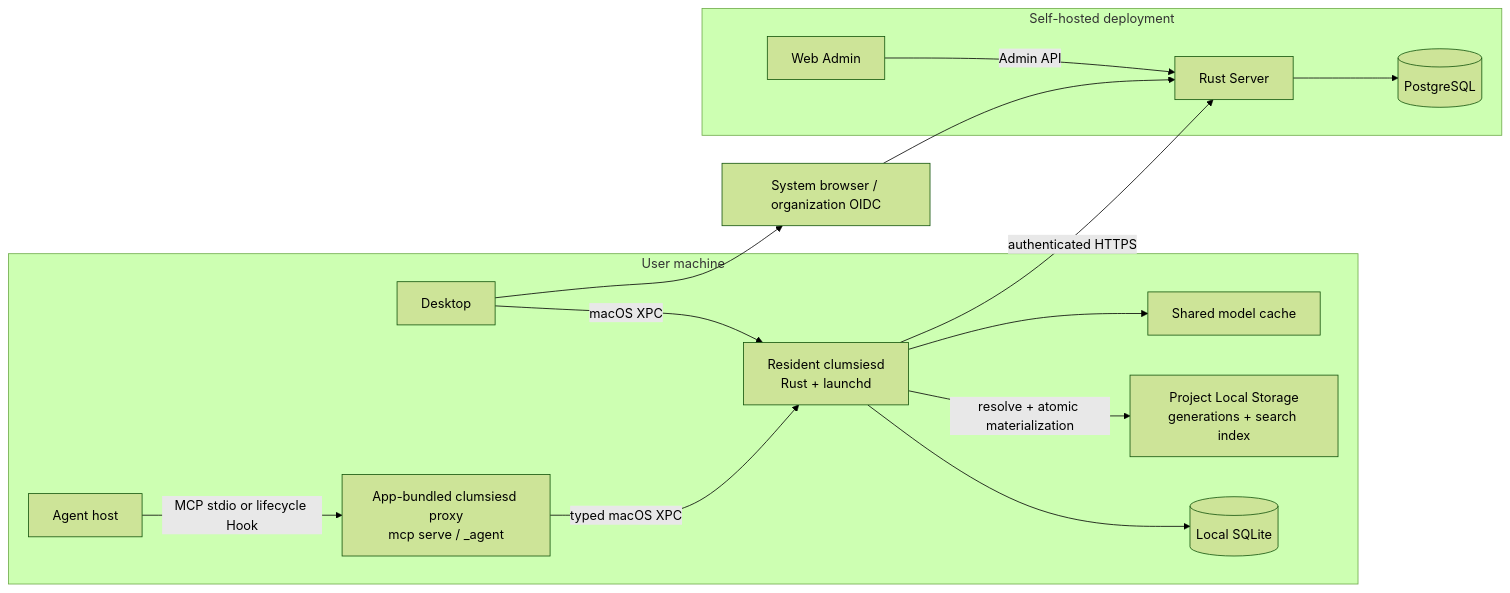
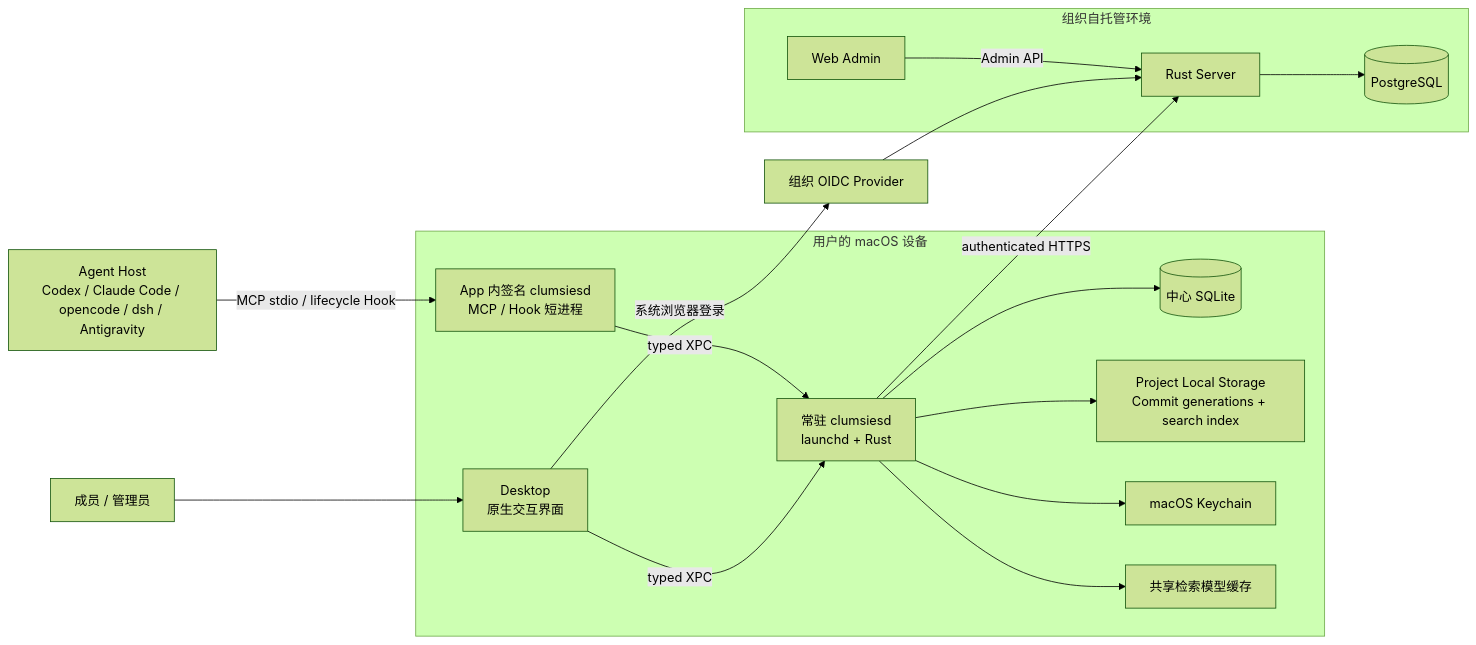
Before and after one commit to dylanwangeth/clumsies: the first of 3 diagrams in docs/architecture.md, drawn with Mermaid (forest theme). The commit also changed other lines of this file and 42 other files, not shown here.

````diff
--- a/docs/architecture.md
+++ b/docs/architecture.md
@@ -5,32 +25,36 @@
 ```mermaid
 flowchart LR
-    subgraph Machine["User machine"]
-        Desktop["Desktop"]
-        Host["Agent host"]
-        Proxy["App-bundled clumsiesd proxy<br/>mcp serve / _agent"]
-        Daemon["Resident clumsiesd<br/>Rust + launchd"]
-        LocalDB[("Local SQLite")]
-        ProjectStorage["Project Local Storage<br/>generations + search index"]
-        Models["Shared model cache"]
+    User["成员 / 管理员"]
+    IdP["组织 OIDC Provider"]
+    Host["Agent Host<br/>Codex / Claude Code / opencode / dsh / Antigravity"]
+
+    subgraph Machine["用户的 macOS 设备"]
+        Desktop["Desktop<br/>原生交互界面"]
+        Proxy["App 内签名 clumsiesd<br/>MCP / Hook 短进程"]
+        Daemon["常驻 clumsiesd<br/>launchd + Rust"]
+        LocalDB[("中心 SQLite")]
+        ProjectStorage["Project Local Storage<br/>Commit generations + search index"]
+        Keychain["macOS Keychain"]
+        Models["共享检索模型缓存"]
     end
 
-    subgraph Deployment["Self-hosted deployment"]
+    subgraph Deployment["组织自托管环境"]
         Server["Rust Server"]
         Postgres[("PostgreSQL")]
         Admin["Web Admin"]
     end
 
-    Browser["System browser / organization OIDC"]
-
-    Desktop -->|"macOS XPC"| Daemon
-    Host -->|"MCP stdio or lifecycle Hook"| Proxy
-    Proxy -->|"typed macOS XPC"| Daemon
+    User --> Desktop
+    Desktop -->|"系统浏览器登录"| IdP
+    IdP --> Server
+    Desktop -->|"typed XPC"| Daemon
+    Host -->|"MCP stdio / lifecycle Hook"| Proxy
+    Proxy -->|"typed XPC"| Daemon
     Daemon --> LocalDB
-    Daemon -->|"resolve + atomic materialization"| ProjectStorage
+    Daemon --> ProjectStorage
+    Daemon --> Keychain
     Daemon --> Models
     Daemon -->|"authenticated HTTPS"| Server
-    Desktop --> Browser
-    Browser --> Server
+    Admin -->|"Admin API"| Server
     Server --> Postgres
-    Admin -->|"Admin API"| Server
 ```
````
